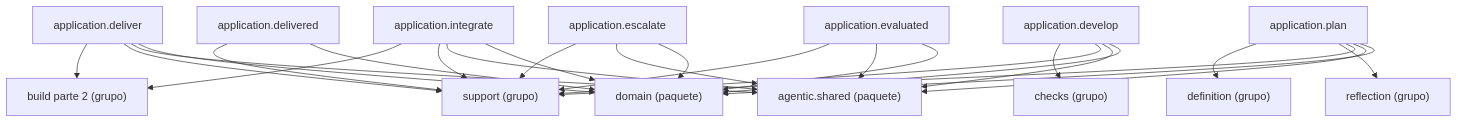
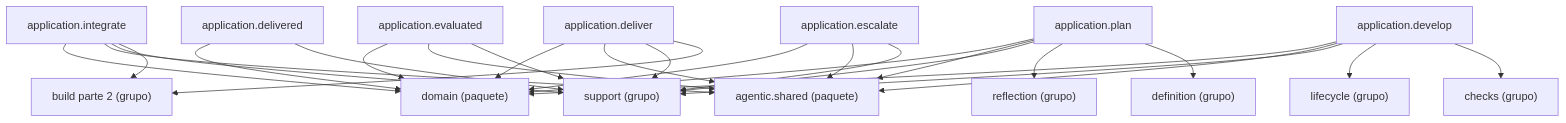
Before and after one commit to GonzaloZevallos/agentic-system: the diagram in docs/architecture/generated/packages-process-application-build-1.md, drawn with Mermaid. The commit also changed 2 other files, not shown here.

Commit message:
Regenerate the architecture docs for archive_subtask

````diff
--- a/docs/architecture/generated/packages-process-application-build-1.md
+++ b/docs/architecture/generated/packages-process-application-build-1.md
@@ -16,42 +16,44 @@
 ```mermaid
 graph TD
     g_application__build__2["build parte 2 (grupo)"]
     g_application__checks["checks (grupo)"]
     g_application__definition["definition (grupo)"]
+    g_application__lifecycle["lifecycle (grupo)"]
     g_application__reflection["reflection (grupo)"]
     g_application__support["support (grupo)"]
     g_pkg__agentic__shared["agentic.shared (paquete)"]
     g_pkg__domain["domain (paquete)"]
     m_application__deliver["application.deliver"]
     m_application__delivered["application.delivered"]
     m_application__develop["application.develop"]
     m_application__escalate["application.escalate"]
     m_application__evaluated["application.evaluated"]
     m_application__integrate["application.integrate"]
     m_application__plan["application.plan"]
     m_application__deliver --> g_application__build__2
     m_application__deliver --> g_application__support
     m_application__deliver --> g_pkg__agentic__shared
     m_application__deliver --> g_pkg__domain
     m_application__delivered --> g_application__support
     m_application__delivered --> g_pkg__domain
     m_application__develop --> g_application__checks
+    m_application__develop --> g_application__lifecycle
     m_application__develop --> g_application__support
     m_application__develop --> g_pkg__agentic__shared
     m_application__develop --> g_pkg__domain
     m_application__escalate --> g_application__support
     m_application__escalate --> g_pkg__agentic__shared
     m_application__escalate --> g_pkg__domain
     m_application__evaluated --> g_application__support
     m_application__evaluated --> g_pkg__agentic__shared
     m_application__evaluated --> g_pkg__domain
     m_application__integrate --> g_application__build__2
     m_application__integrate --> g_application__support
     m_application__integrate --> g_pkg__agentic__shared
     m_application__integrate --> g_pkg__domain
     m_application__plan --> g_application__definition
     m_application__plan --> g_application__reflection
     m_application__plan --> g_application__support
     m_application__plan --> g_pkg__agentic__shared
     m_application__plan --> g_pkg__domain
 ```
````
